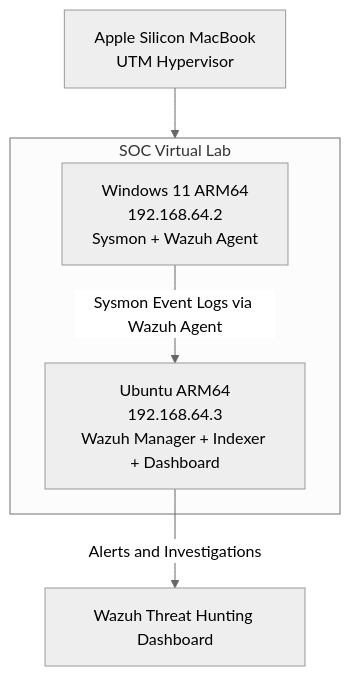
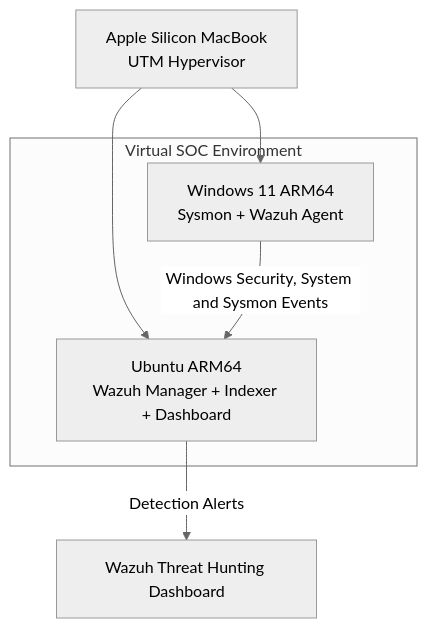
Before and after one commit to dhijoshi117/SOC-SIEM-Home-Lab: the diagram in README.md, drawn with Mermaid (neutral theme). The commit also changed other lines of this file, not shown here.

Commit message:
Update README with completed SOC labs, detection engineering and investigation evidence

````diff
--- a/README.md
+++ b/README.md
@@ -15,13 +21,14 @@
 ```mermaid
 flowchart TB
     HOST["Apple Silicon MacBook<br/>UTM Hypervisor"]
 
-    subgraph LAB["SOC Virtual Lab"]
-        WIN["Windows 11 ARM64<br/>192.168.64.2<br/>Sysmon + Wazuh Agent"]
-        SIEM["Ubuntu ARM64<br/>192.168.64.3<br/>Wazuh Manager + Indexer + Dashboard"]
+    subgraph LAB["Virtual SOC Environment"]
+        WIN["Windows 11 ARM64<br/>Sysmon + Wazuh Agent"]
+        SIEM["Ubuntu ARM64<br/>Wazuh Manager + Indexer + Dashboard"]
     end
 
-    HOST --> LAB
-    WIN -->|"Sysmon Event Logs via Wazuh Agent"| SIEM
-    SIEM -->|"Alerts and Investigations"| DASH["Wazuh Threat Hunting Dashboard"]
+    HOST --> WIN
+    HOST --> SIEM
+    WIN -->|"Windows Security, System and Sysmon Events"| SIEM
+    SIEM -->|"Detection Alerts"| DASH["Wazuh Threat Hunting Dashboard"]
 ```
````
